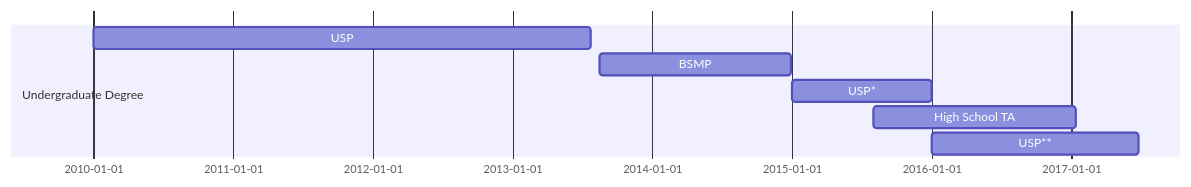
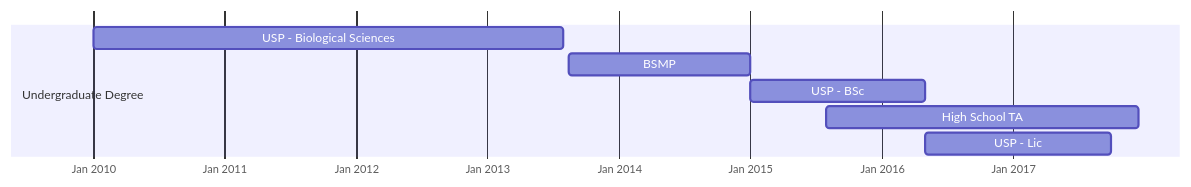
Before and after one commit to asrampasso/academic_website: the fourth of 5 diagrams in content/timeline/_index.md, drawn with Mermaid. The commit also changed other lines of this file and 43 other files, not shown here.

Commit message:
Update research, timeline, teaching portfolio and statements

````diff
--- a/content/timeline/_index.md
+++ b/content/timeline/_index.md
@@ -59,14 +86,16 @@
 ```mermaid
 
 gantt
 
   dateFormat  YYYY-MM-DD
-  
+  axisFormat %b %Y
+  tickInterval 12month
+
   section Undergraduate Degree
-  USP: 2010-01-01, 1300d
-  BSMP: 2013-08-15, 500d
-  USP*: 2015-01-01, 365d
-  High School TA: 2015-08-01, 530d
-  USP**: 2016-01-01, 540d
+  USP - Biological Sciences: 2010-01-01, 2013-07-31
+  BSMP: 2013-08-15, 2014-12-31
+  USP - BSc: 2015-01-01, 2016-04-30
+  High School TA: 2015-08-01, 2017-12-15
+  USP - Lic: 2016-05-01, 2017-09-30
 
 ```
````
